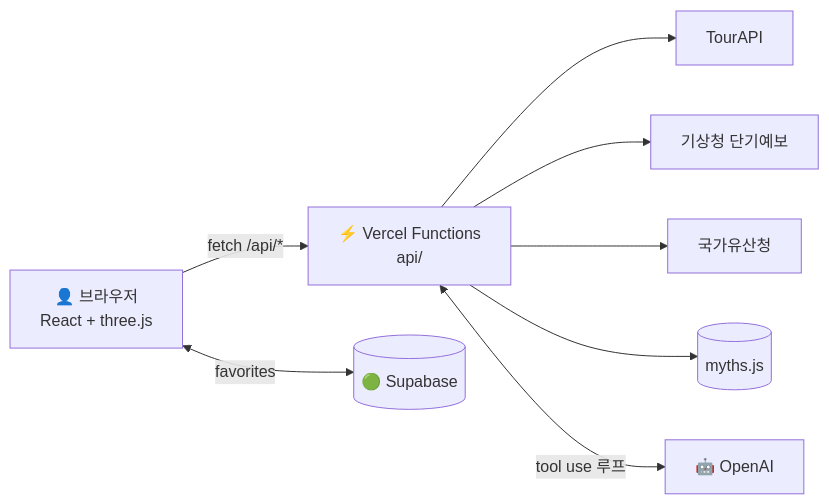
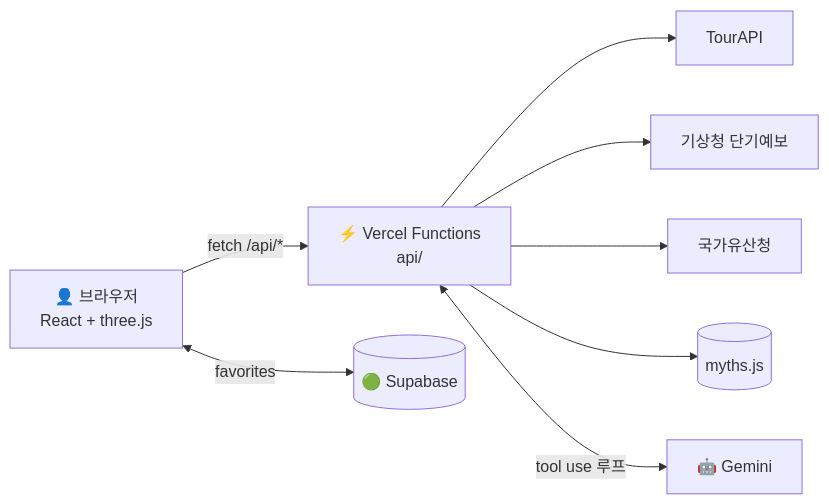
The diagram in README.md (kmgdlek/prj), drawn with Mermaid before and after one commit. The commit also changed other lines of this file and 5 other files, not shown here.

Commit message:
이야기꾼 AI: OpenAI → Google Gemini(무료)로 교체 (function calling, 429·503 재시도, 키·오류 안내)

````diff
--- a/README.md
+++ b/README.md
@@ -72,10 +72,10 @@
 ```mermaid
 flowchart LR
   U[👤 브라우저<br/>React + three.js] -->|fetch /api/*| F[⚡ Vercel Functions<br/>api/]
   U <-->|favorites| S[(🟢 Supabase)]
   F --> T[TourAPI]
   F --> W[기상청 단기예보]
   F --> H[국가유산청]
   F --> M[(myths.js)]
-  F <-->|tool use 루프| C[🤖 OpenAI]
+  F <-->|tool use 루프| C[🤖 Gemini]
 ```
````
